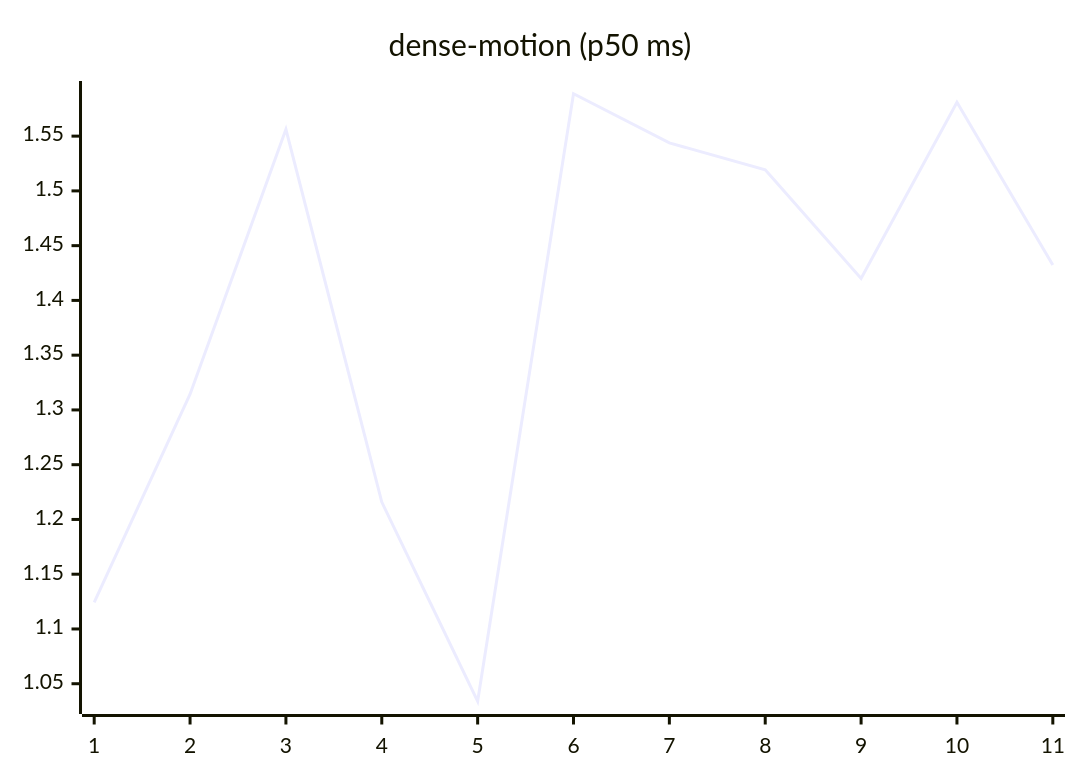
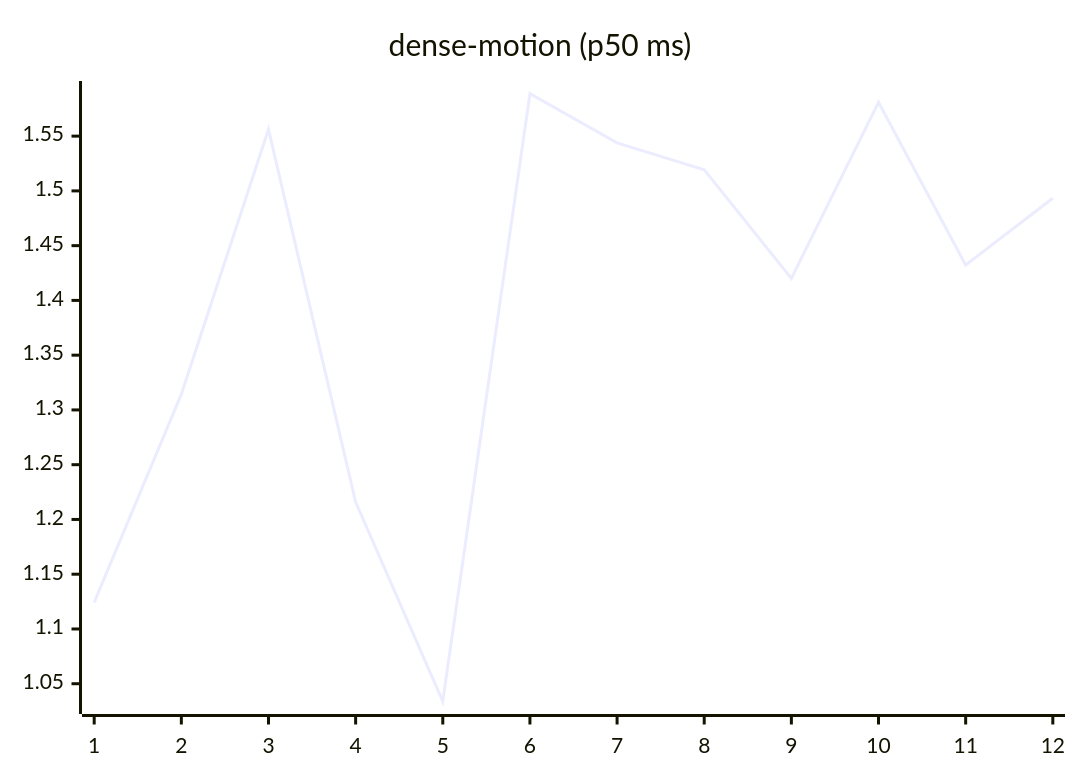
One commit to josha/Facet changed the ninth of 27 diagrams in README.md. Above: the diagram before and after it, drawn with Mermaid. The commit also changed other lines of this file and 2 other files, not shown here.

````diff
--- a/README.md
+++ b/README.md
@@ -119,6 +119,6 @@
 ```mermaid
 xychart-beta
     title "dense-motion (p50 ms)"
-    x-axis 1 --> 11
-    line [1.1243, 1.3144, 1.5562, 1.2159, 1.0340, 1.5887, 1.5438, 1.5193, 1.4201, 1.5809, 1.4323]
+    x-axis 1 --> 12
+    line [1.1243, 1.3144, 1.5562, 1.2159, 1.0340, 1.5887, 1.5438, 1.5193, 1.4201, 1.5809, 1.4323, 1.4933]
 ```
````
